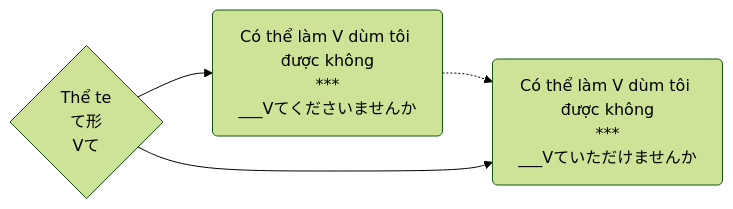
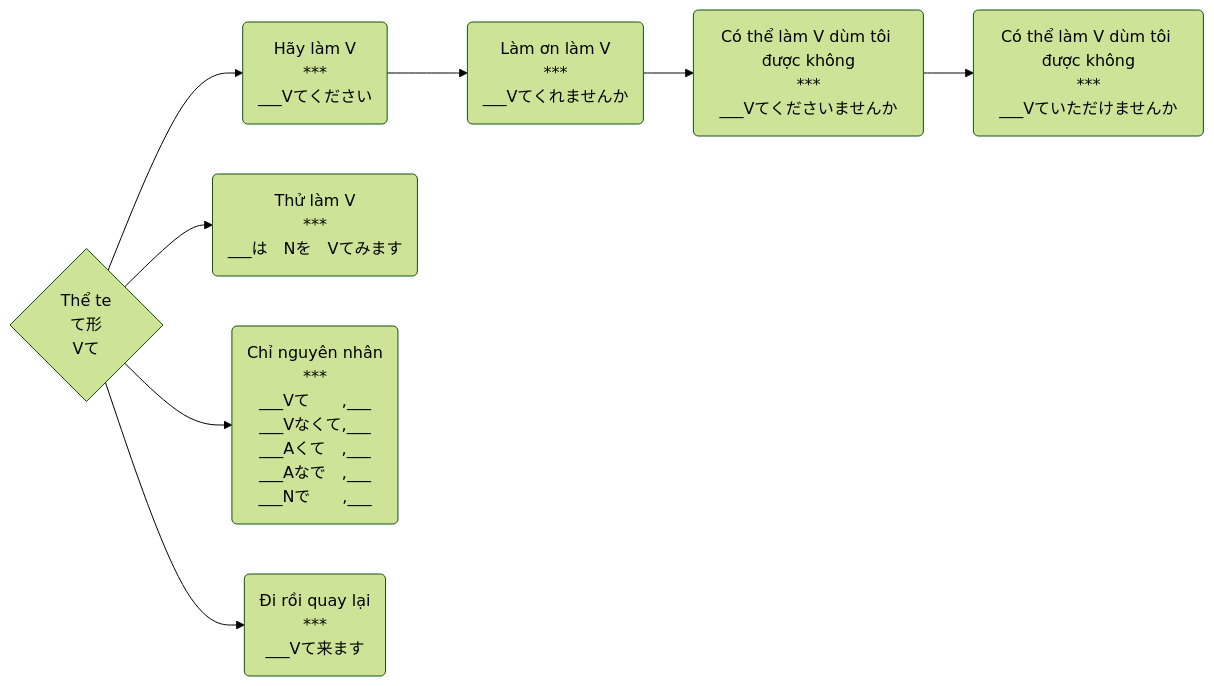
One commit to tea1504/learn changed the diagram in The/て形.md. Above: the diagram before and after it, drawn with Mermaid (forest theme). The commit also changed 13 other files, not shown here.

````diff
--- a/The/て形.md
+++ b/The/て形.md
@@ -1,9 +1,12 @@
 ```mermaid
 graph LR;
-    Vte{Thể te\nて形\nVて}
+    V{Thể te\nて形\nVて}
 
-    Vte-->coThemLamVGiupToiDuocKhong1(Có thể làm V dùm tôi được không\n***\n___Vてくださいませんか)
-    coThemLamVGiupToiDuocKhong1-.->coThemLamVGiupToiDuocKhong2
-    Vte-->coThemLamVGiupToiDuocKhong2(Có thể làm V dùm tôi được không\n***\n___Vていただけませんか)
-    
+    V-->hayLamV(Hãy làm V\n***\n___Vてください)
+    hayLamV-->lamOn(Làm ơn làm V\n***\n___Vてくれませんか)
+    lamOn-->coThemLamVGiupToiDuocKhong1(Có thể làm V dùm tôi được không\n***\n___Vてくださいませんか)
+    coThemLamVGiupToiDuocKhong1-->coThemLamVGiupToiDuocKhong2(Có thể làm V dùm tôi được không\n***\n___Vていただけませんか)
+    V-->thuLamV(Thử làm V\n***\n___は　Nを　Vてみます)
+    V-->chiNguyenNhan(Chỉ nguyên nhân\n***\n___Vて　　,___\n___Vなくて,___\n___Aくて　,___\n___Aなで　,___\n___Nで　　,___)
+    V-->diRoiQuayLai(Đi rồi quay lại\n***\n___Vて来ます)
 ```
````
